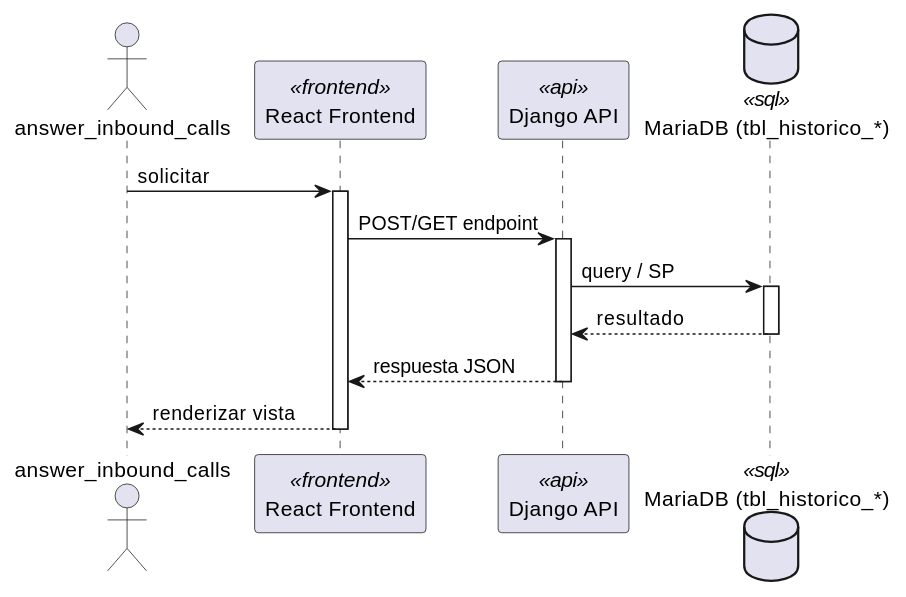
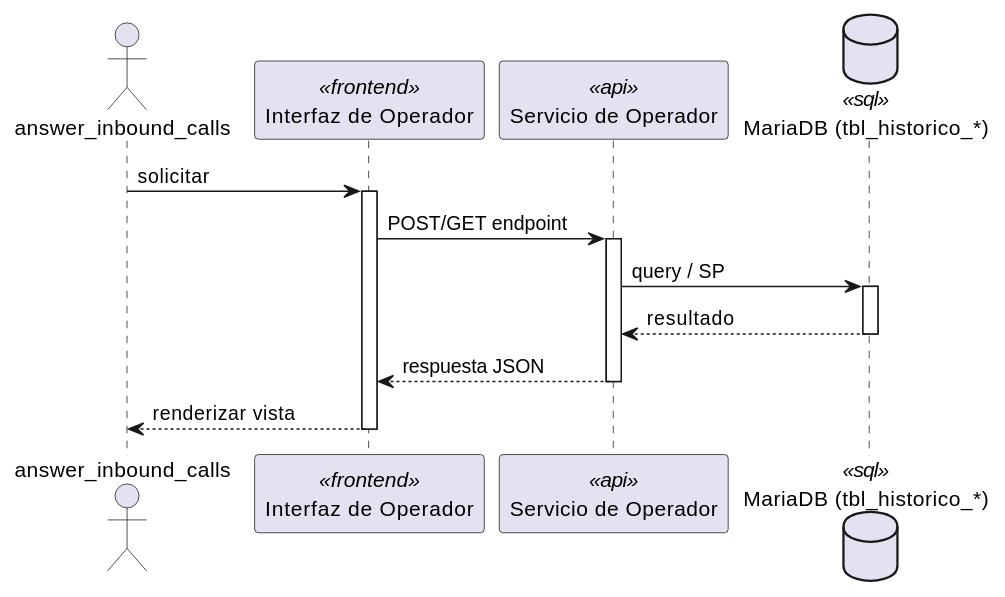
One commit to jcg-admin/IACT-docs changed the first of 2 diagrams in source/arquitectura-tecnica/DesignView/opr-02.rst. Above: the diagram before and after it, drawn with PlantUML. The commit also changed other lines of this file and 243 other files, not shown here.

First line of the commit message:
Add missing diagrams and fix participant names across Kruchten views

```diff
--- a/source/arquitectura-tecnica/DesignView/opr-02.rst
+++ b/source/arquitectura-tecnica/DesignView/opr-02.rst
@@ -22,28 +22,28 @@
 .. uml::
  :caption: UC_OPR_02 — Design View (secuencia)
 
  @startuml
 
  actor "answer_inbound_calls" as answer_inbound_calls
- participant "React Frontend" as Frontend <<frontend>>
- participant "Django API" as APIServer <<api>>
- database "MariaDB (tbl_historico_*)" as BaseDatos <<sql>>
+ participant "Interfaz de Operador" as Iface <<frontend>>
+ participant "Servicio de Operador" as SvcNode <<api>>
+ database "MariaDB (tbl_historico_*)" as Store <<sql>>
 
- answer_inbound_calls -> Frontend : solicitar
- activate Frontend
+ answer_inbound_calls -> Iface : solicitar
+ activate Iface
 
- Frontend -> APIServer : POST/GET endpoint
- activate APIServer
+ Iface -> SvcNode : POST/GET endpoint
+ activate SvcNode
 
- APIServer -> BaseDatos : query / SP
- activate BaseDatos
- BaseDatos --> APIServer : resultado
- deactivate BaseDatos
+ SvcNode -> Store : query / SP
+ activate Store
+ Store --> SvcNode : resultado
+ deactivate Store
 
- APIServer --> Frontend : respuesta JSON
- deactivate APIServer
+ SvcNode --> Iface : respuesta JSON
+ deactivate SvcNode
 
- Frontend --> answer_inbound_calls : renderizar vista
- deactivate Frontend
+ Iface --> answer_inbound_calls : renderizar vista
+ deactivate Iface
 
  @enduml
```
